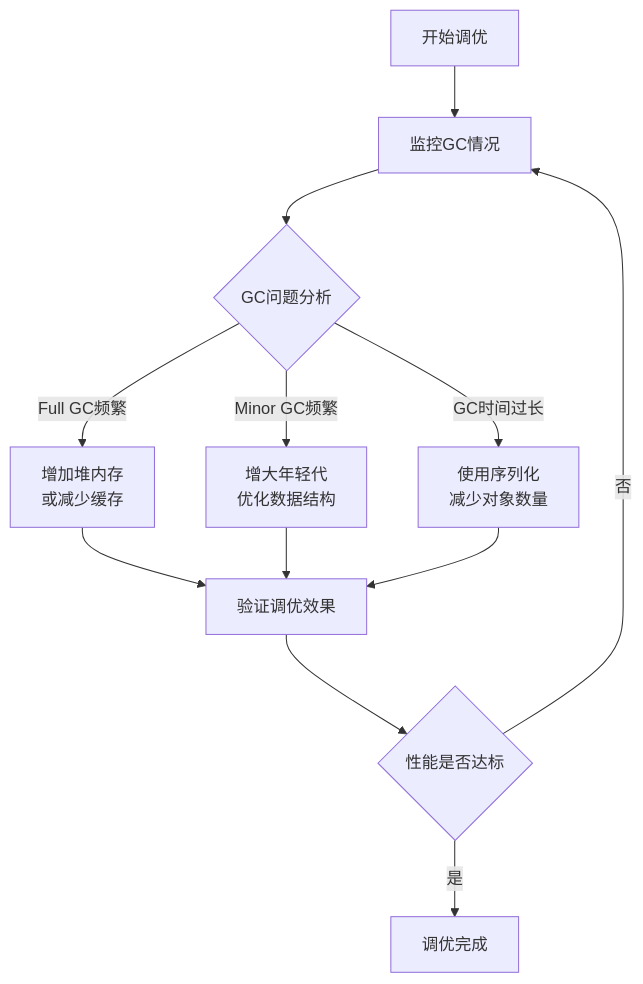
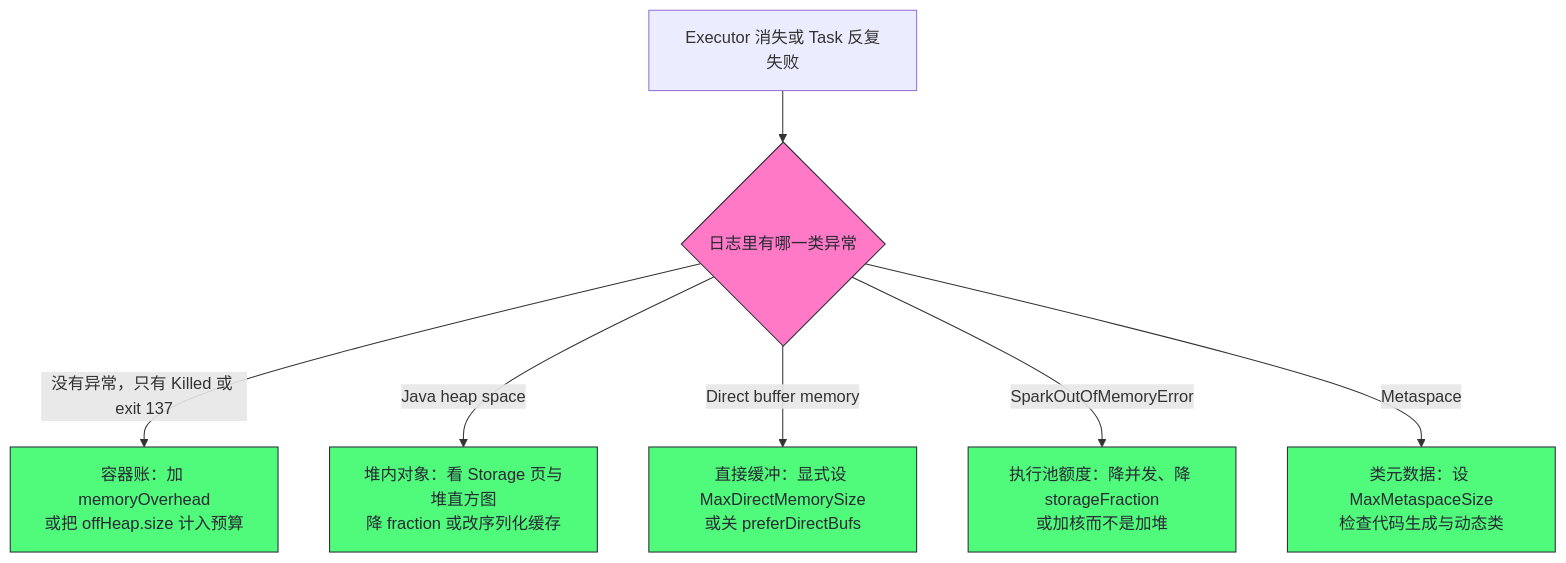
Before and after one commit to hpliStartAgain/my-brain: the sixth of 6 diagrams in content/大数据/Spark/读书笔记-spark内核/06_性能调优实战/5. Spark_JVM性能调优.md, drawn with Mermaid. The commit also changed other lines of this file and 259 other files, not shown here.

````diff
--- a/content/大数据/Spark/读书笔记-spark内核/06_性能调优实战/5. Spark_JVM性能调优.md
+++ b/content/大数据/Spark/读书笔记-spark内核/06_性能调优实战/5. Spark_JVM性能调优.md
@@ -576,17 +508,14 @@
 ```mermaid
+%%{init: {'theme': 'dracula'}}%%
 flowchart TD
-    A["开始调优"] --> B["监控GC情况"]
-    B --> C{"GC问题分析"}
-    
-    C -->|"Full GC频繁"| D["增加堆内存<br>或减少缓存"]
-    C -->|"Minor GC频繁"| E["增大年轻代<br>优化数据结构"]
-    C -->|"GC时间过长"| F["使用序列化<br>减少对象数量"]
-    
-    D --> G["验证调优效果"]
-    E --> G
-    F --> G
-    
-    G --> H{"性能是否达标"}
-    H -->|"是"| I["调优完成"]
-    H -->|"否"| B
+    S["Executor 消失或 Task 反复失败"] --> Q1{"日志里有哪一类异常"}
+    Q1 -->|"没有异常，只有 Killed 或 exit 137"| A["容器账：加 memoryOverhead<br/>或把 offHeap.size 计入预算"]
+    Q1 -->|"Java heap space"| B["堆内对象：看 Storage 页与堆直方图<br/>降 fraction 或改序列化缓存"]
+    Q1 -->|"Direct buffer memory"| C["直接缓冲：显式设 MaxDirectMemorySize<br/>或关 preferDirectBufs"]
+    Q1 -->|"SparkOutOfMemoryError"| D["执行池额度：降并发、降 storageFraction<br/>或加核而不是加堆"]
+    Q1 -->|"Metaspace"| E["类元数据：设 MaxMetaspaceSize<br/>检查代码生成与动态类"]
+    classDef q fill:#ff79c6,stroke:#282a36,color:#282a36
+    classDef fix fill:#50fa7b,stroke:#282a36,color:#282a36
+    class Q1 q
+    class A,B,C,D,E fix
 ```
````
